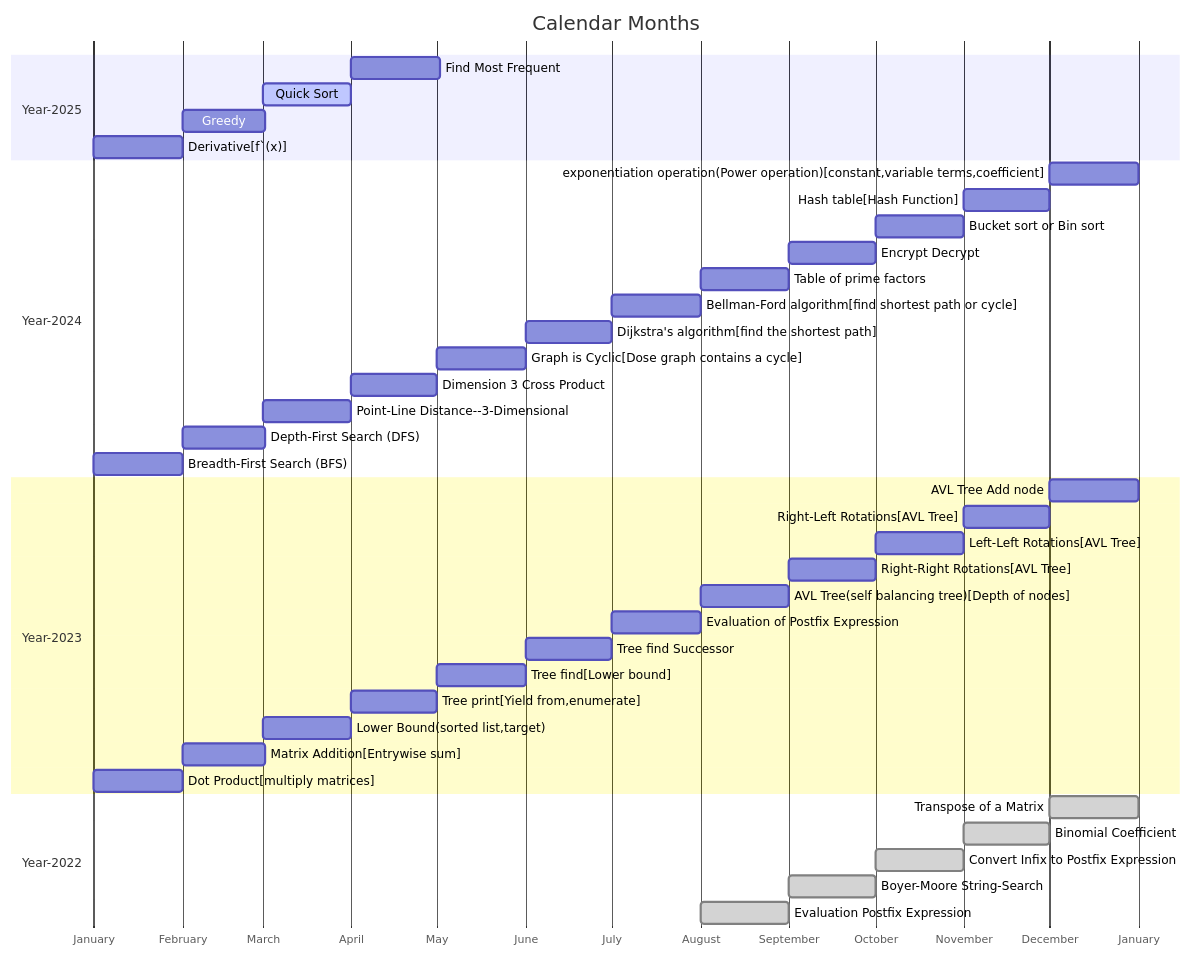
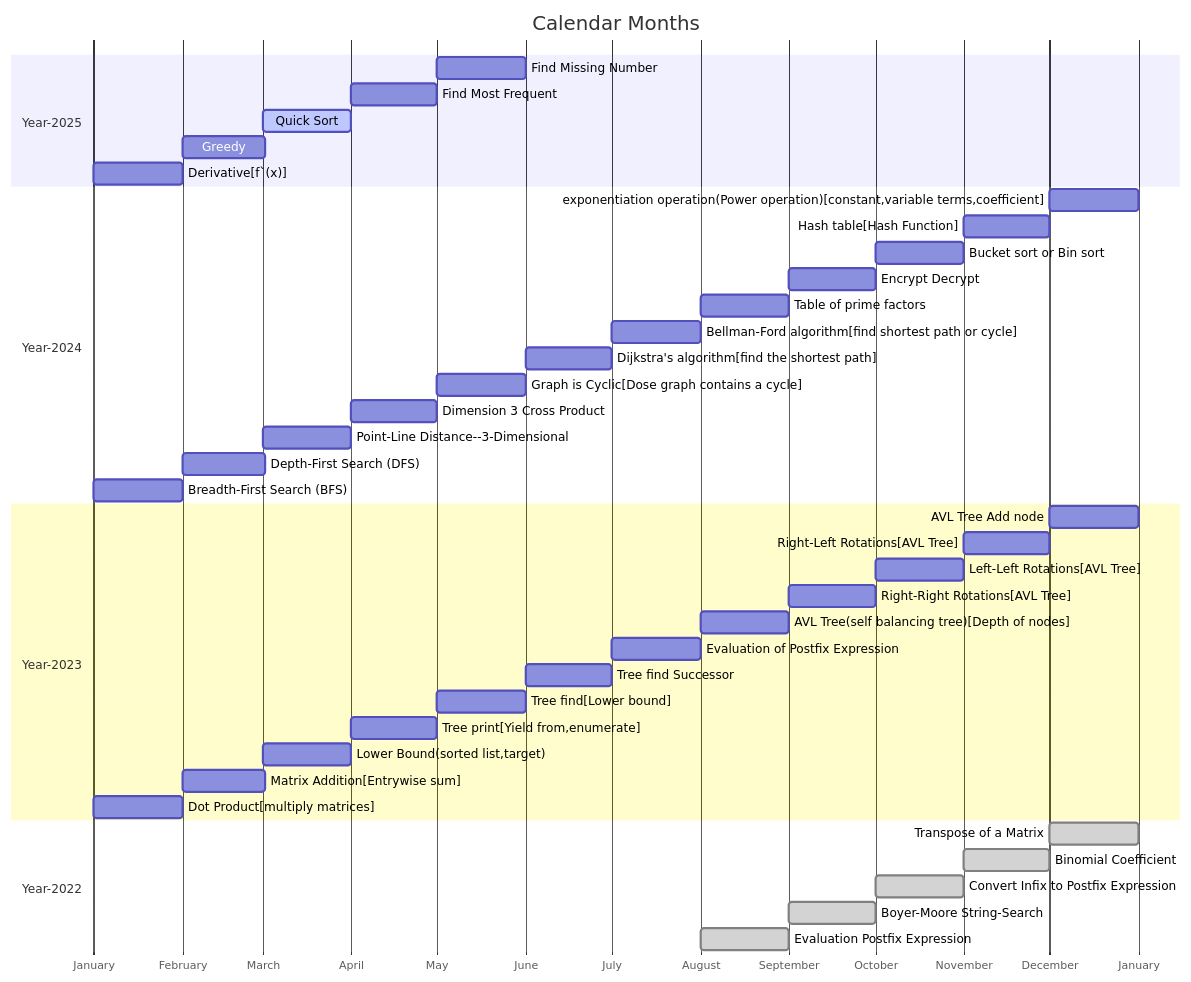
Before and after one commit to softtiny/docs.calendar: the diagram in src/calendar.md, drawn with Mermaid. The commit also changed 2 other files, not shown here.

````diff
--- a/src/calendar.md
+++ b/src/calendar.md
@@ -2,44 +2,45 @@
 ```mermaid
 
 gantt
     title Calendar Months
     dateFormat MM-DD
     axisFormat %B
     section Year-2025
-        Find Most Frequent :04-01, 31d
+        Find Missing Number :05-01, 31d
+        Find Most Frequent :04-01, 30d
         Quick Sort      :active, 03-01, 31d
         Greedy          :02-01, 29d
         Derivative[f`(x)]          :01-01, 31d
     section Year-2024
         exponentiation operation(Power operation)[constant,variable terms,coefficient]  :12-01, 31d
         Hash table[Hash Function]  :11-01, 30d
         Bucket sort or Bin sort  :10-01, 31d
         Encrypt Decrypt  :09-01, 30d
         Table of prime factors  :08-01, 31d
         Bellman-Ford algorithm[find shortest path or cycle] :07-01, 31d
         Dijkstra's algorithm[find the shortest path] :06-01, 30d
         Graph is Cyclic[Dose graph contains a cycle]  :05-01, 31d
         Dimension 3 Cross Product  :04-01, 30d
         Point-Line Distance--3-Dimensional  :03-01, 31d
         Depth-First Search (DFS)          :02-01, 29d
         Breadth-First Search (BFS)          :01-01, 31d
     section Year-2023
         AVL Tree Add node :12-01, 31d
         Right-Left Rotations[AVL Tree] :11-01, 30d
         Left-Left Rotations[AVL Tree] :10-01, 31d
         Right-Right Rotations[AVL Tree] :09-01, 30d
         AVL Tree(self balancing tree)[Depth of nodes] :08-01, 31d
         Evaluation of Postfix Expression :07-01, 31d
         Tree find Successor :06-01, 30d
         Tree find[Lower bound] :05-01, 31d
         Tree print[Yield from,enumerate] :04-01, 30d
         Lower Bound(sorted list,target) :03-01, 31d
         Matrix Addition[Entrywise sum] :02-01, 29d
         Dot Product[multiply matrices] :01-01, 31d
     section Year-2022
         Transpose of a Matrix :done, 12-01, 31d
         Binomial Coefficient :done, 11-01, 30d
         Convert Infix to Postfix Expression :done, 10-01, 31d
         Boyer-Moore String-Search :done, 09-01, 30d
         Evaluation Postfix Expression :done, 08-01, 31d
 ```
````
